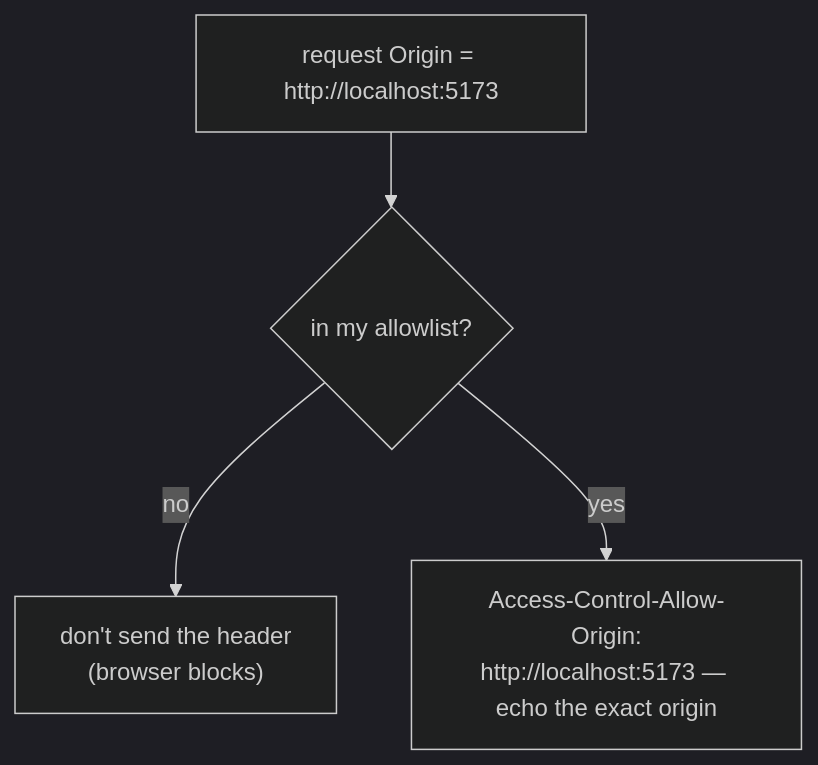
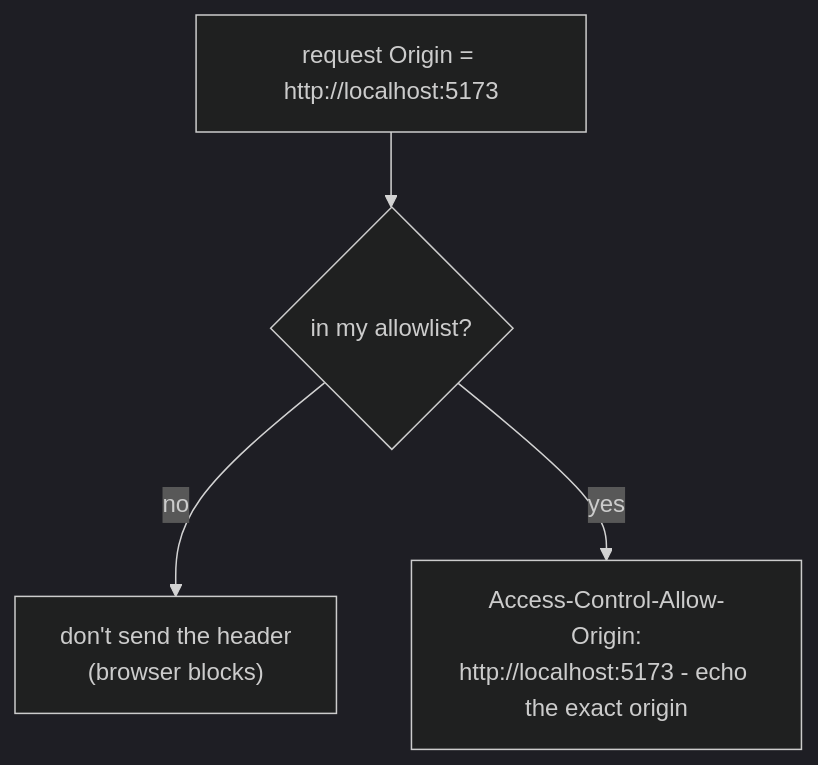
The first of 2 diagrams in guides/security/cors-explained/03-fixing-it-properly.md (Topurrra/themissingmanual), drawn with Mermaid (dark theme) before and after one commit. The commit also changed other lines of this file and 1072 other files, not shown here.

````diff
--- a/guides/security/cors-explained/03-fixing-it-properly.md
+++ b/guides/security/cors-explained/03-fixing-it-properly.md
@@ -53,6 +53,6 @@
 ```mermaid
 flowchart TD
   req["request Origin = http://localhost:5173"] --> check{in my allowlist?}
   check -->|no| block["don't send the header<br/>(browser blocks)"]
-  check -->|yes| echo["Access-Control-Allow-Origin:<br/>http://localhost:5173 — echo the exact origin"]
+  check -->|yes| echo["Access-Control-Allow-Origin:<br/>http://localhost:5173 - echo the exact origin"]
 ```
````
